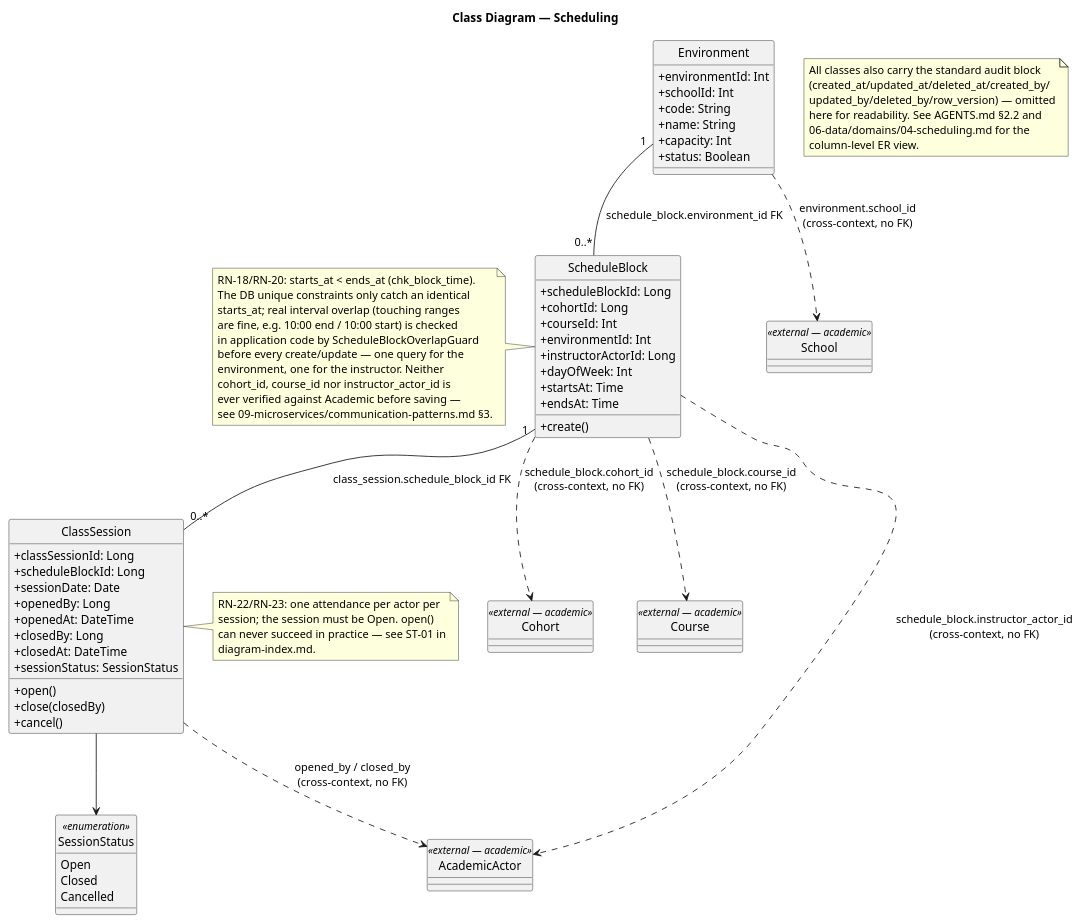
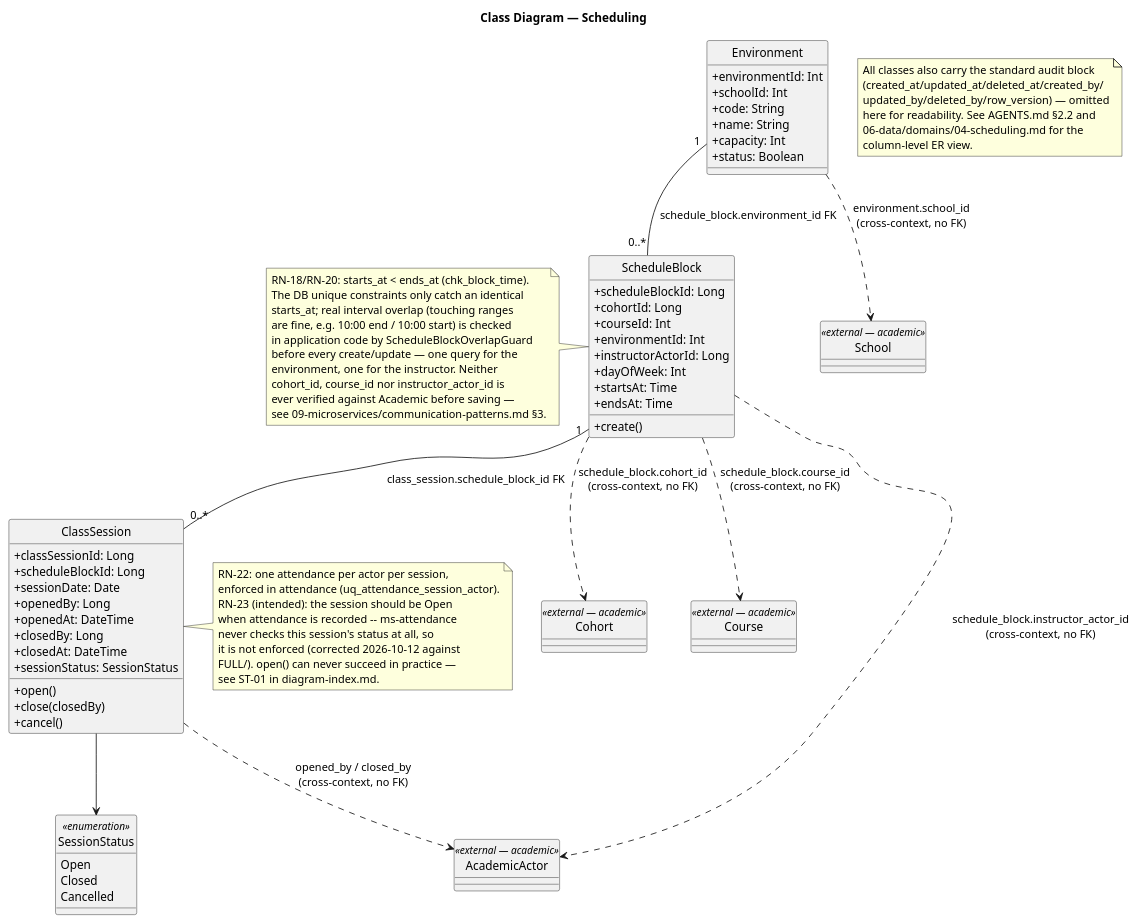
The diagram in 08-uml/diagrams/source/cls-scheduling.puml (code-sena/fae-docs), drawn with PlantUML before and after one commit. The commit also changed 1 other file, not shown here.

Commit message:
fix(uml): correct RN-23 enforcement claim, session-open is never checked

```diff
--- a/08-uml/diagrams/source/cls-scheduling.puml
+++ b/08-uml/diagrams/source/cls-scheduling.puml
@@ -1,96 +1,100 @@
 @startuml cls-scheduling
 title Class Diagram — Scheduling
 
 skinparam classAttributeIconSize 0
 hide circle
 
 class School <<external — academic>> {
 }
 class Cohort <<external — academic>> {
 }
 class Course <<external — academic>> {
 }
 class AcademicActor <<external — academic>> {
 }
 
 enum SessionStatus <<enumeration>> {
   Open
   Closed
   Cancelled
 }
 
 class Environment {
   +environmentId: Int
   +schoolId: Int
   +code: String
   +name: String
   +capacity: Int
   +status: Boolean
 }
 
 class ScheduleBlock {
   +scheduleBlockId: Long
   +cohortId: Long
   +courseId: Int
   +environmentId: Int
   +instructorActorId: Long
   +dayOfWeek: Int
   +startsAt: Time
   +endsAt: Time
   +create()
 }
 
 class ClassSession {
   +classSessionId: Long
   +scheduleBlockId: Long
   +sessionDate: Date
   +openedBy: Long
   +openedAt: DateTime
   +closedBy: Long
   +closedAt: DateTime
   +sessionStatus: SessionStatus
   +open()
   +close(closedBy)
   +cancel()
 }
 
 Environment "1" -- "0..*" ScheduleBlock : schedule_block.environment_id FK
 ScheduleBlock "1" -- "0..*" ClassSession : class_session.schedule_block_id FK
 ClassSession --> SessionStatus
 
 Environment ..> School : environment.school_id\n(cross-context, no FK)
 ScheduleBlock ..> Cohort : schedule_block.cohort_id\n(cross-context, no FK)
 ScheduleBlock ..> Course : schedule_block.course_id\n(cross-context, no FK)
 ScheduleBlock ..> AcademicActor : schedule_block.instructor_actor_id\n(cross-context, no FK)
 ClassSession ..> AcademicActor : opened_by / closed_by\n(cross-context, no FK)
 
 note left of ScheduleBlock
   RN-18/RN-20: starts_at < ends_at (chk_block_time).
   The DB unique constraints only catch an identical
   starts_at; real interval overlap (touching ranges
   are fine, e.g. 10:00 end / 10:00 start) is checked
   in application code by ScheduleBlockOverlapGuard
   before every create/update — one query for the
   environment, one for the instructor. Neither
   cohort_id, course_id nor instructor_actor_id is
   ever verified against Academic before saving —
   see 09-microservices/communication-patterns.md §3.
 end note
 
 note right of ClassSession
-  RN-22/RN-23: one attendance per actor per
-  session; the session must be Open. open()
-  can never succeed in practice — see ST-01 in
-  diagram-index.md.
+  RN-22: one attendance per actor per session,
+  enforced in attendance (uq_attendance_session_actor).
+  RN-23 (intended): the session should be Open
+  when attendance is recorded -- ms-attendance
+  never checks this session's status at all, so
+  it is not enforced (corrected 2026-10-12 against
+  FULL/). open() can never succeed in practice —
+  see ST-01 in diagram-index.md.
 end note
 
 note as N1
   All classes also carry the standard audit block
   (created_at/updated_at/deleted_at/created_by/
   updated_by/deleted_by/row_version) — omitted
   here for readability. See AGENTS.md §2.2 and
   06-data/domains/04-scheduling.md for the
   column-level ER view.
 end note
 
 @enduml
```
